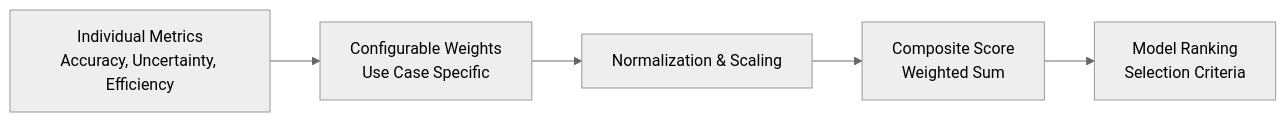
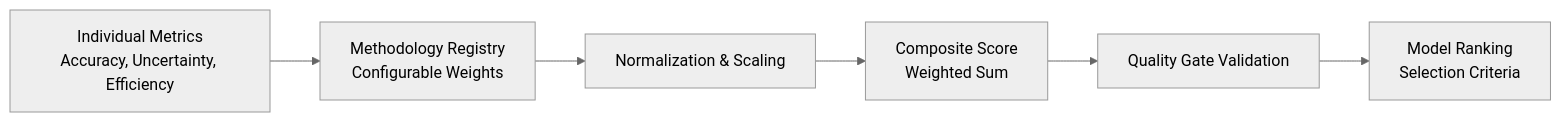
Diagram 14 of 16 in .qoder/repowiki/en/content/System Architecture & Domain Model.md (od3n/forecastiq), drawn with Mermaid (neutral theme) before and after one commit. The commit also changed other lines of this file and 3 other files, not shown here.

````diff
--- a/.qoder/repowiki/en/content/System Architecture & Domain Model.md
+++ b/.qoder/repowiki/en/content/System Architecture & Domain Model.md
@@ -451,7 +1224,8 @@
 ```mermaid
 flowchart LR
-SUBSCORES["Individual Metrics<br/>Accuracy, Uncertainty, Efficiency"] --> WEIGHTS["Configurable Weights<br/>Use Case Specific"]
-WEIGHTS --> NORMALIZE["Normalization & Scaling"]
+SUBSCORES["Individual Metrics<br/>Accuracy, Uncertainty, Efficiency"] --> REGISTRY["Methodology Registry<br/>Configurable Weights"]
+REGISTRY --> NORMALIZE["Normalization & Scaling"]
 NORMALIZE --> COMPOSITE["Composite Score<br/>Weighted Sum"]
-COMPOSITE --> RANKING["Model Ranking<br/>Selection Criteria"]
+COMPOSITE --> QUALITY_GATE["Quality Gate Validation"]
+QUALITY_GATE --> RANKING["Model Ranking<br/>Selection Criteria"]
 ```
````
